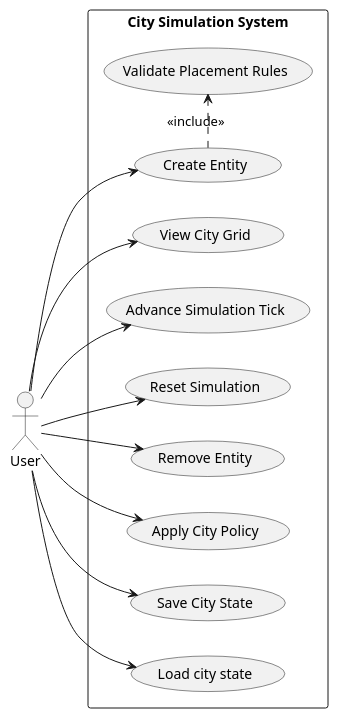
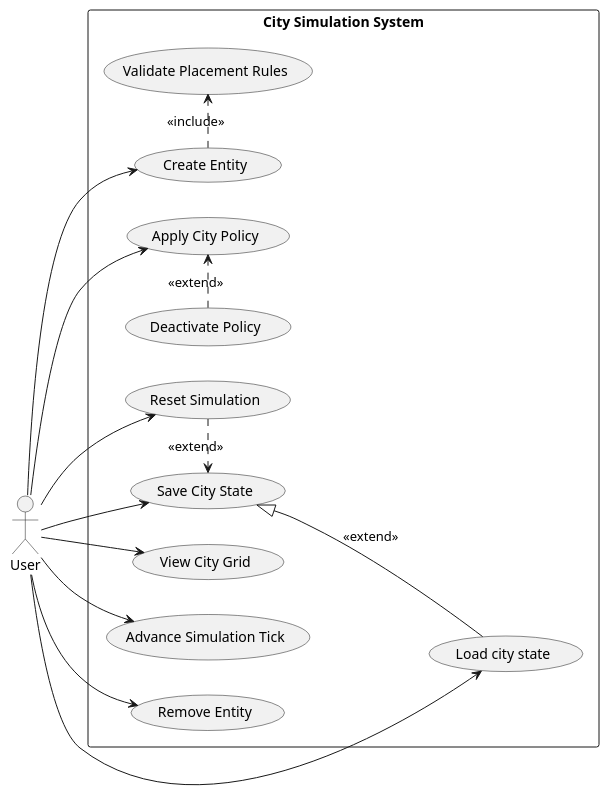
The diagram in documents/use_case_diagram.md (Anna-code17/ssa_project), drawn with PlantUML before and after one commit. The commit also changed other lines of this file, not shown here.

````diff
--- a/documents/use_case_diagram.md
+++ b/documents/use_case_diagram.md
@@ -5,46 +5,40 @@
 ```plantuml
 
 @startuml 
 left to right direction
 
 actor User
 
 rectangle "City Simulation System" {
-
 usecase "View City Grid" as UC_View
-
 usecase "Advance Simulation Tick" as UC_Tick
-
 usecase "Reset Simulation" as UC_Reset
-
 usecase "Create Entity" as UC_Create
-
 usecase "Remove Entity" as UC_Remove
-
 usecase "Validate Placement Rules" as UC_Validate
-
 usecase "Apply City Policy" as UC_ApplyPol
-
+usecase "Deactivate Policy" as UC_Deactivate
 usecase "Save City State" as UC_Save
-
 usecase "Load city state" as UC_Load
-
 }
 
 ' ===== User interactions ===== 
+
 User --> UC_View 
 User --> UC_Tick 
 User --> UC_Reset 
 User --> UC_Load 
 User --> UC_ApplyPol 
 User --> UC_Save 
 User --> UC_Create 
 User --> UC_Remove
 
 ' ==== Dipendences =====
 
 UC_Create .> UC_Validate : <<include>>
+UC_Save <|-- UC_Load : <<extend>>
+UC_Deactivate .> UC_ApplyPol : <<extend>>
+UC_Reset .> UC_Save : <<extend>>
 
 @enduml
-
 ```
````
